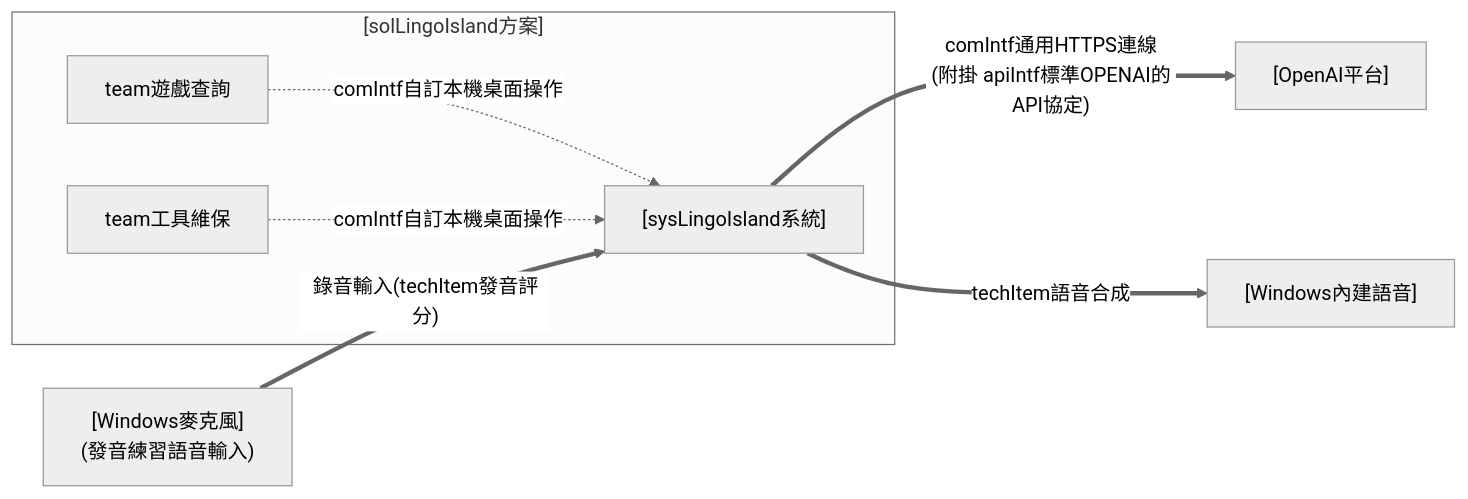
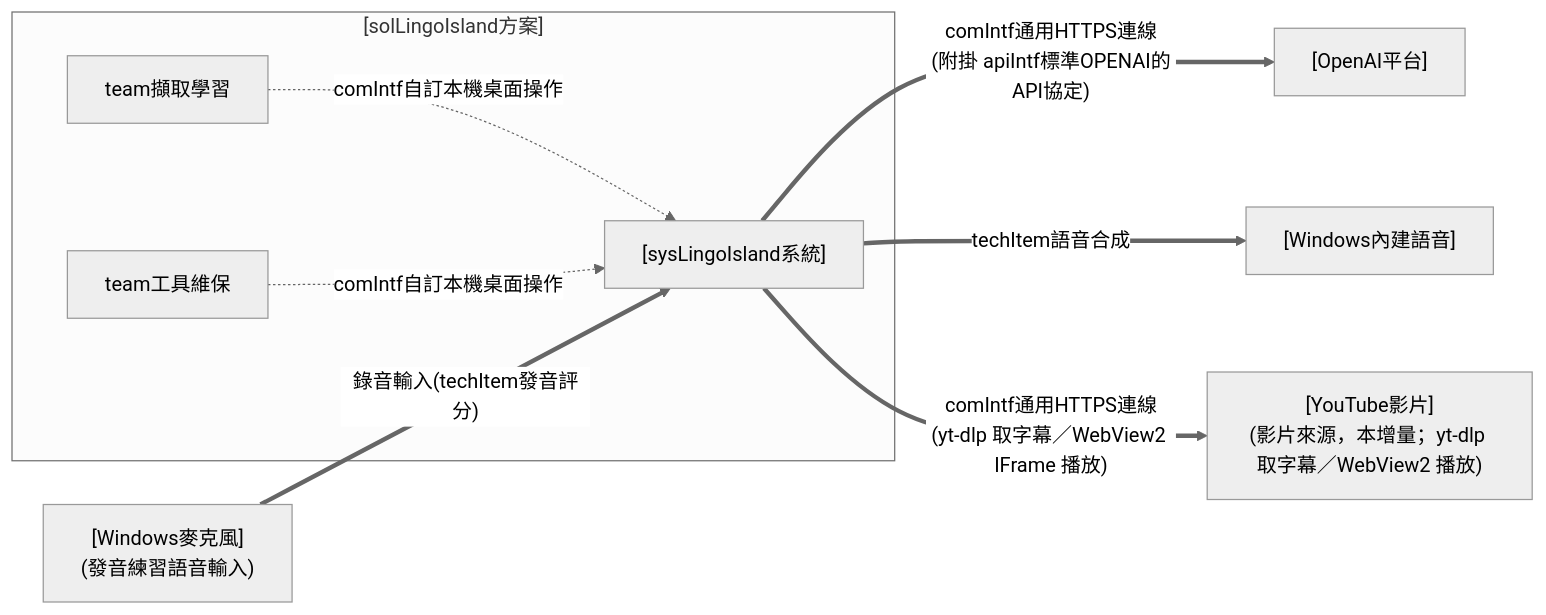
The third of 6 diagrams in docs/design.md (twStellerWhale-Ocean2/solLingoIsland), drawn with Mermaid (neutral theme) before and after one commit. The commit also changed other lines of this file and 22 other files, not shown here.

````diff
--- a/docs/design.md
+++ b/docs/design.md
@@ -231,18 +225,20 @@
 ```mermaid
 flowchart LR
 
 subgraph SOL["[solLingoIsland方案]"]
-  T1["team遊戲查詢"]
+  T1["team擷取學習"]
   T2["team工具維保"]
   SYS["[sysLingoIsland系統]"]
   T1 -.->|"comIntf自訂本機桌面操作"| SYS
   T2 -.->|"comIntf自訂本機桌面操作"| SYS
 end
 
 OPENAI["[OpenAI平台]"]
 SPEECH["[Windows內建語音]"]
 MIC["[Windows麥克風]<br/>(發音練習語音輸入)"]
 SYS ==>|"comIntf通用HTTPS連線<br/>(附掛 apiIntf標準OPENAI的API協定)"| OPENAI
 SYS ==>|"techItem語音合成"| SPEECH
 MIC ==>|"錄音輸入(techItem發音評分)"| SYS
+YT["[YouTube影片]<br/>(影片來源，本增量；yt-dlp 取字幕／WebView2 播放)"]
+SYS ==>|"comIntf通用HTTPS連線<br/>(yt-dlp 取字幕／WebView2 IFrame 播放)"| YT
 ```
````
